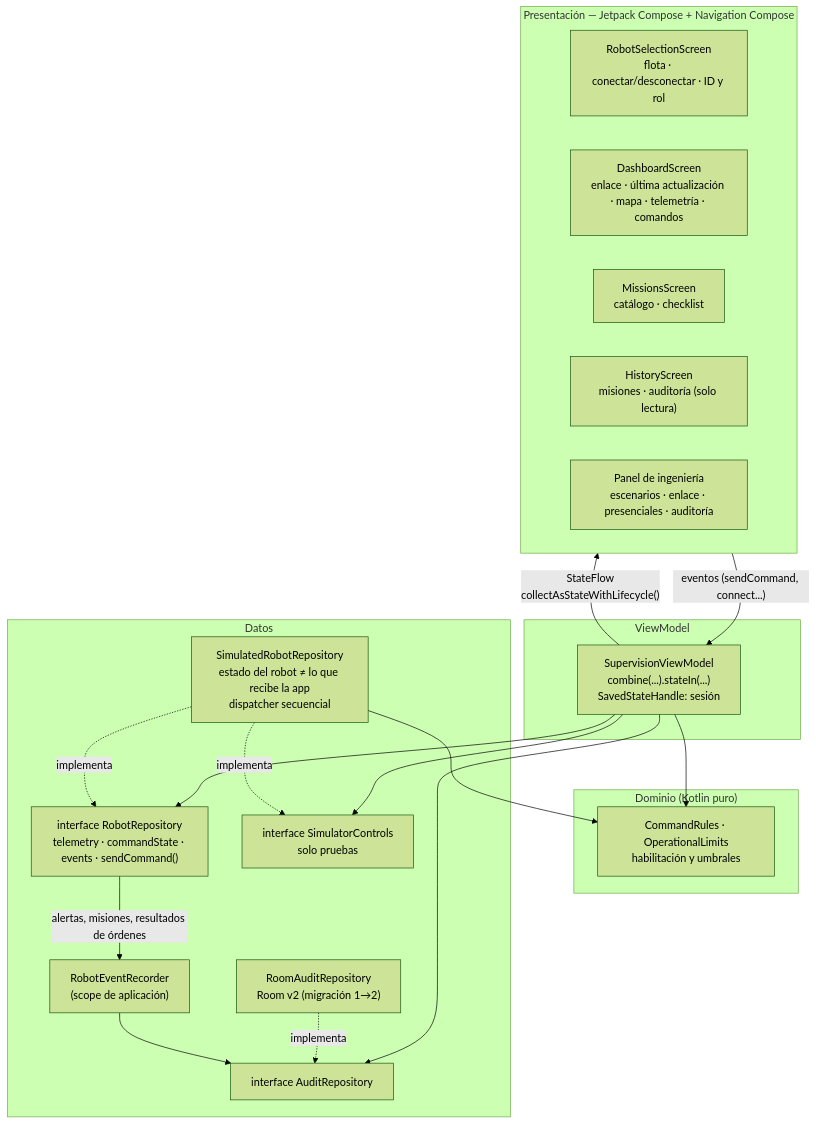
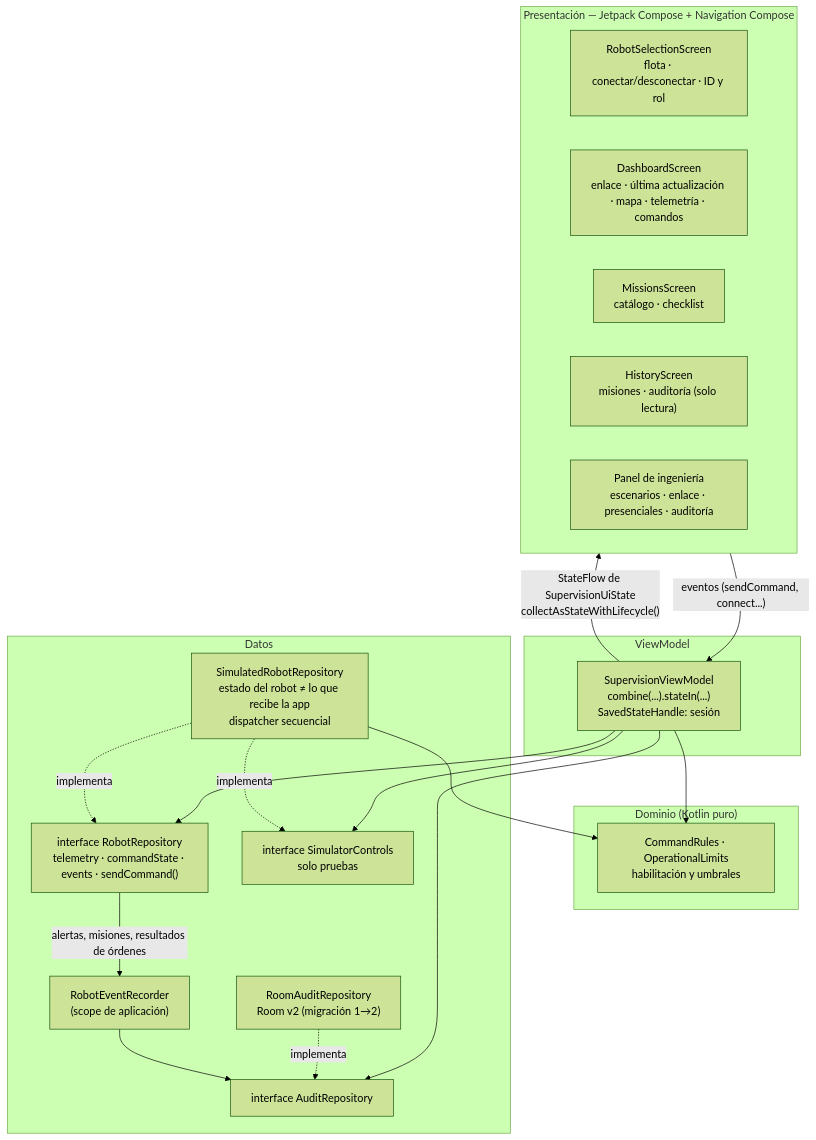
One commit to Juanchi456/TPO-MediBot changed the first of 2 diagrams in DOCS_TECNICOS_TP.md. Above: the diagram before and after it, drawn with Mermaid (forest theme). The commit also changed other lines of this file and 1 other file, not shown here.

````diff
--- a/DOCS_TECNICOS_TP.md
+++ b/DOCS_TECNICOS_TP.md
@@ -11,40 +11,40 @@
 ```mermaid
 flowchart TD
     subgraph UI["Presentación — Jetpack Compose + Navigation Compose"]
         Robot["RobotSelectionScreen<br/>flota · conectar/desconectar · ID y rol"]
         Dash["DashboardScreen<br/>enlace · última actualización · mapa · telemetría · comandos"]
         Missions["MissionsScreen<br/>catálogo · checklist"]
         History["HistoryScreen<br/>misiones · auditoría (solo lectura)"]
         Panel["Panel de ingeniería<br/>escenarios · enlace · presenciales · auditoría"]
     end
 
     subgraph VMLayer["ViewModel"]
         VM["SupervisionViewModel<br/>combine(...).stateIn(...)<br/>SavedStateHandle: sesión"]
     end
 
     subgraph Domain["Dominio (Kotlin puro)"]
         Rules["CommandRules · OperationalLimits<br/>habilitación y umbrales"]
     end
 
     subgraph Data["Datos"]
         RR["interface RobotRepository<br/>telemetry · commandState · events · sendCommand()"]
         SC["interface SimulatorControls<br/>solo pruebas"]
         Sim["SimulatedRobotRepository<br/>estado del robot ≠ lo que recibe la app<br/>dispatcher secuencial"]
         AR["interface AuditRepository"]
         Room["RoomAuditRepository<br/>Room v2 (migración 1→2)"]
         Rec["RobotEventRecorder<br/>(scope de aplicación)"]
     end
 
     UI -- "eventos (sendCommand, connect...)" --> VM
-    VM -- "StateFlow<SupervisionUiState><br/>collectAsStateWithLifecycle()" --> UI
+    VM -- "StateFlow de SupervisionUiState<br/>collectAsStateWithLifecycle()" --> UI
     VM --> Rules
     Sim --> Rules
     VM --> RR
     VM --> SC
     VM --> AR
     Sim -. implementa .-> RR
     Sim -. implementa .-> SC
     Room -. implementa .-> AR
     RR -- "alertas, misiones, resultados de órdenes" --> Rec
     Rec --> AR
 ```
````
